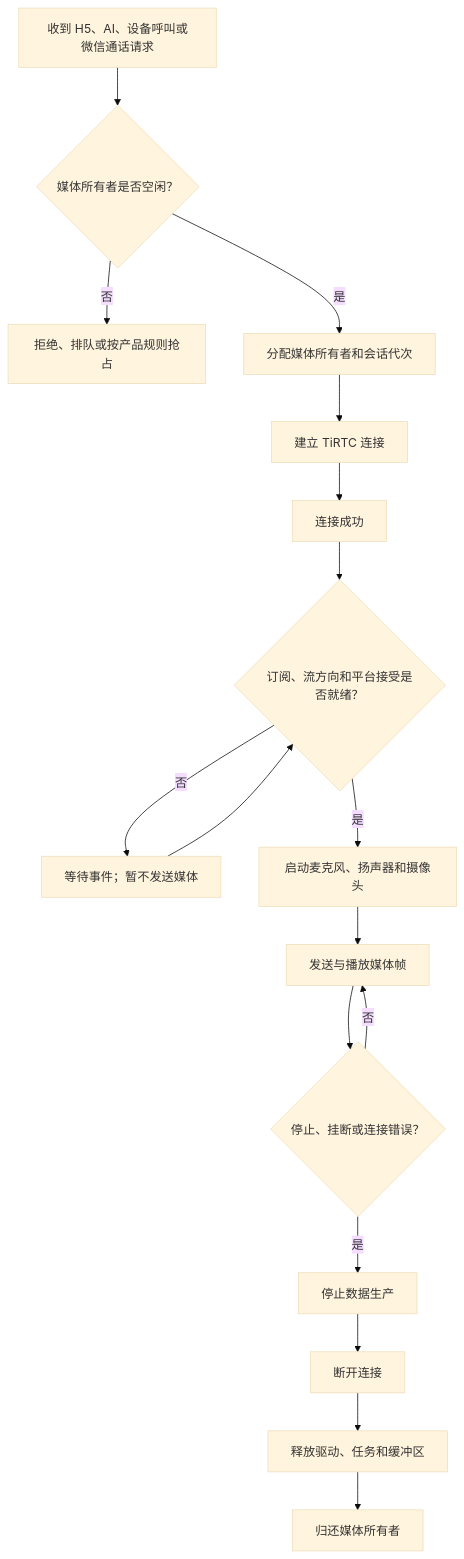
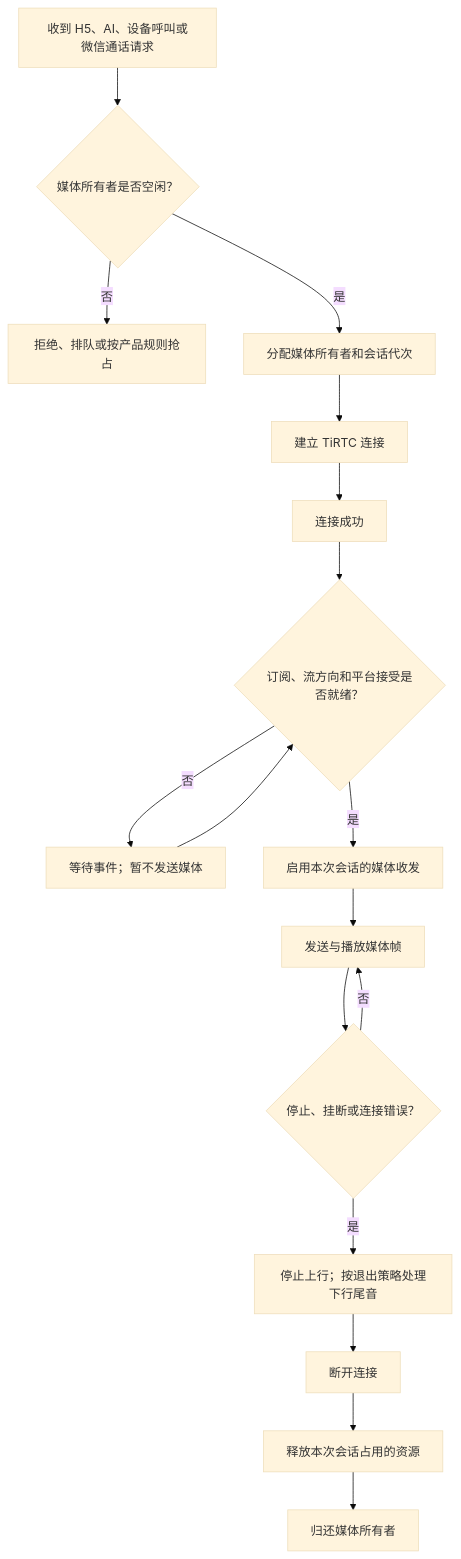
One commit to tangeai/xiaotai changed the second of 3 diagrams in ARCHITECTURE.md. Above: the diagram before and after it, drawn with Mermaid (base theme). The commit also changed other lines of this file and 33 other files, not shown here.

````diff
--- a/ARCHITECTURE.md
+++ b/ARCHITECTURE.md
@@ -86,19 +88,19 @@
 ```mermaid
 flowchart TB
     A["收到 H5、AI、设备呼叫或微信通话请求"] --> B{"媒体所有者是否空闲？"}
     B -- "否" --> C["拒绝、排队或按产品规则抢占"]
     B -- "是" --> D["分配媒体所有者和会话代次"]
     D --> E["建立 TiRTC 连接"]
     E --> F["连接成功"]
     F --> G{"订阅、流方向和平台接受是否就绪？"}
     G -- "否" --> H["等待事件；暂不发送媒体"]
     H --> G
-    G -- "是" --> I["启动麦克风、扬声器和摄像头"]
+    G -- "是" --> I["启用本次会话的媒体收发"]
     I --> J["发送与播放媒体帧"]
     J --> K{"停止、挂断或连接错误？"}
     K -- "否" --> J
-    K -- "是" --> L["停止数据生产"]
+    K -- "是" --> L["停止上行；按退出策略处理下行尾音"]
     L --> M["断开连接"]
-    M --> N["释放驱动、任务和缓冲区"]
+    M --> N["释放本次会话占用的资源"]
     N --> O["归还媒体所有者"]
 ```
````
